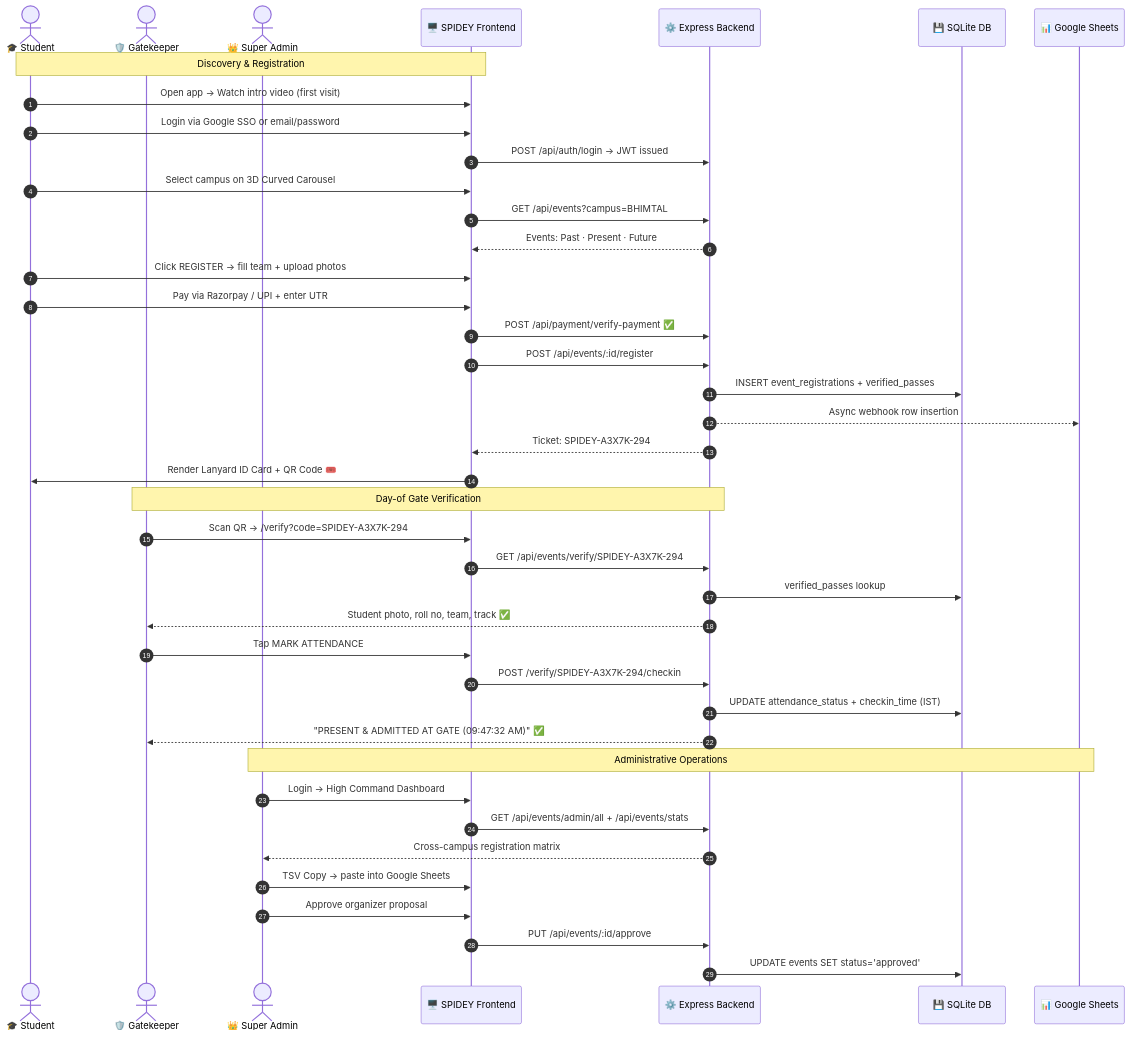
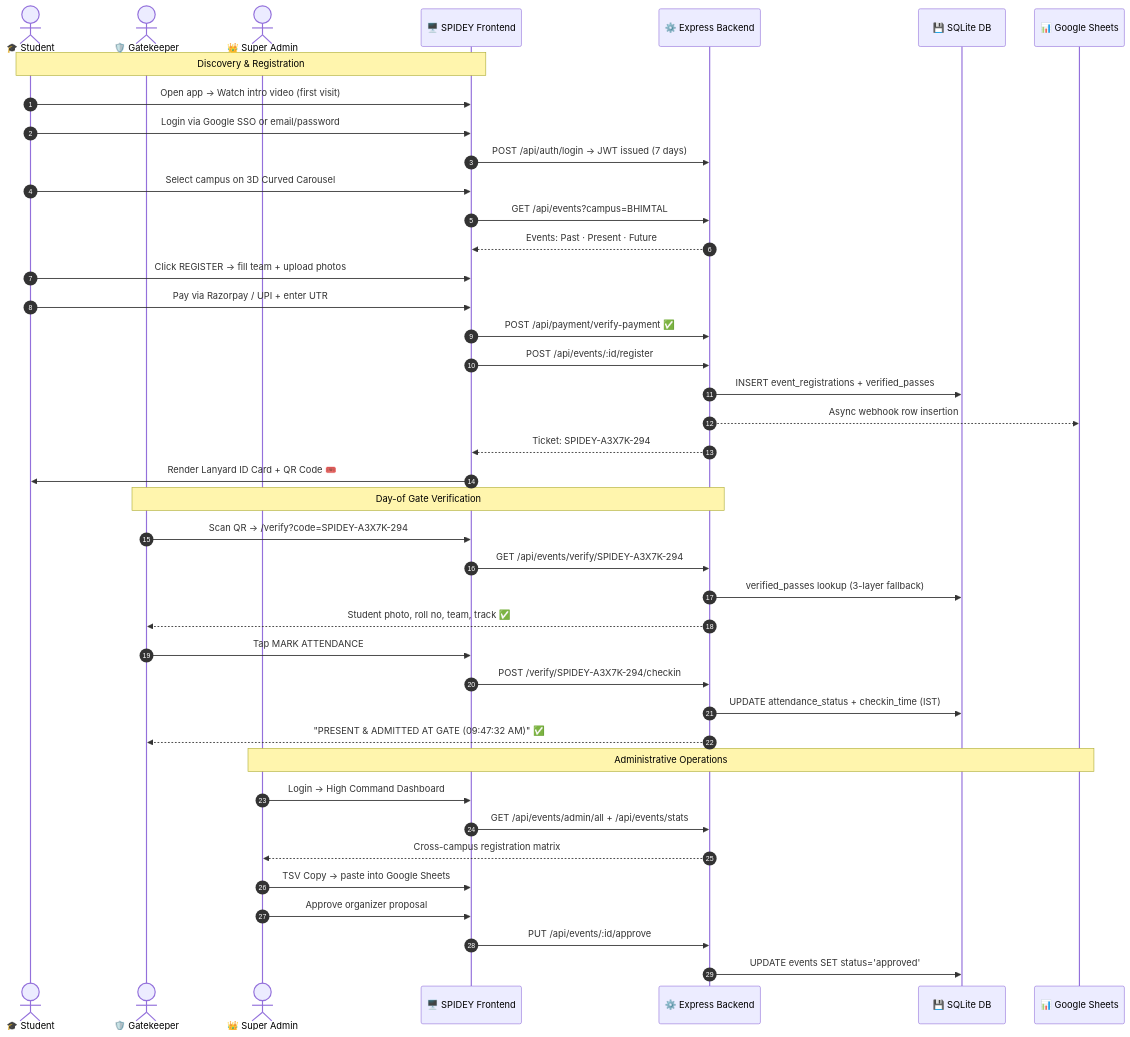
The second of 2 diagrams in README.md (ujjwalchaudharyyy/SPIDEY), drawn with Mermaid before and after one commit. The commit also changed other lines of this file and 2 other files, not shown here.

Commit message:
Add dark red spider web SVG background to Admin Dashboard and Login page

````diff
--- a/README.md
+++ b/README.md
@@ -802,49 +932,49 @@
 ```mermaid
 sequenceDiagram
     autonumber
     actor S as 🎓 Student
     actor G as 🛡️ Gatekeeper
     actor A as 👑 Super Admin
     participant FE as 🖥️ SPIDEY Frontend
     participant BE as ⚙️ Express Backend
     participant DB as 💾 SQLite DB
     participant GS as 📊 Google Sheets
 
     Note over S, FE: Discovery & Registration
 
     S->>FE: Open app → Watch intro video (first visit)
     S->>FE: Login via Google SSO or email/password
-    FE->>BE: POST /api/auth/login → JWT issued
+    FE->>BE: POST /api/auth/login → JWT issued (7 days)
     S->>FE: Select campus on 3D Curved Carousel
     FE->>BE: GET /api/events?campus=BHIMTAL
     BE-->>FE: Events: Past · Present · Future
     S->>FE: Click REGISTER → fill team + upload photos
     S->>FE: Pay via Razorpay / UPI + enter UTR
     FE->>BE: POST /api/payment/verify-payment ✅
     FE->>BE: POST /api/events/:id/register
     BE->>DB: INSERT event_registrations + verified_passes
     BE-->>GS: Async webhook row insertion
     BE-->>FE: Ticket: SPIDEY-A3X7K-294
     FE->>S: Render Lanyard ID Card + QR Code 🎟️
 
     Note over G, BE: Day-of Gate Verification
 
     G->>FE: Scan QR → /verify?code=SPIDEY-A3X7K-294
     FE->>BE: GET /api/events/verify/SPIDEY-A3X7K-294
-    BE->>DB: verified_passes lookup
+    BE->>DB: verified_passes lookup (3-layer fallback)
     BE-->>G: Student photo, roll no, team, track ✅
     G->>FE: Tap MARK ATTENDANCE
     FE->>BE: POST /verify/SPIDEY-A3X7K-294/checkin
     BE->>DB: UPDATE attendance_status + checkin_time (IST)
     BE-->>G: "PRESENT & ADMITTED AT GATE (09:47:32 AM)" ✅
 
     Note over A, GS: Administrative Operations
 
     A->>FE: Login → High Command Dashboard
     FE->>BE: GET /api/events/admin/all + /api/events/stats
     BE-->>A: Cross-campus registration matrix
     A->>FE: TSV Copy → paste into Google Sheets
     A->>FE: Approve organizer proposal
     FE->>BE: PUT /api/events/:id/approve
     BE->>DB: UPDATE events SET status='approved'
 ```
````
